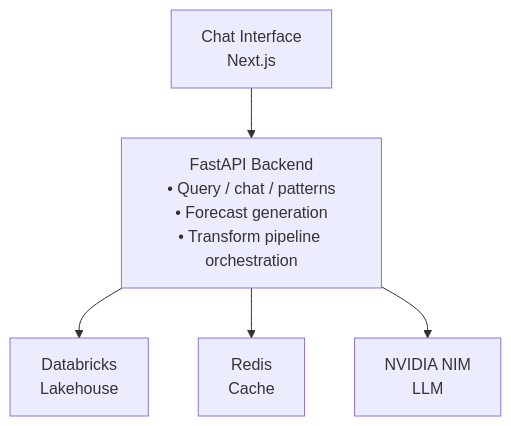
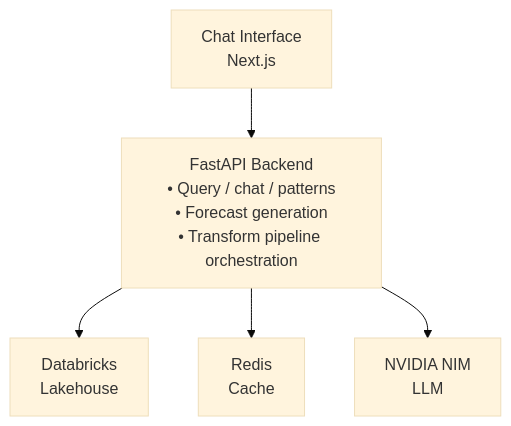
The diagram in README.md (Pshyam17/DataToad), drawn with Mermaid before and after one commit. The commit also changed other lines of this file, not shown here.

````diff
--- a/README.md
+++ b/README.md
@@ -19,7 +19,8 @@
 ```mermaid
+%%{ init: { 'theme': 'base', 'themeVariables': { 'textColor': '#FFF' } } }%%
 graph TD
     UI[Chat Interface<br>Next.js] --> API[FastAPI Backend<br>• Query / chat / patterns<br>• Forecast generation<br>• Transform pipeline orchestration]
     API --> DB[Databricks<br>Lakehouse]
     API --> Redis[Redis<br>Cache]
     API --> NIM[NVIDIA NIM<br>LLM]
 ```
````
